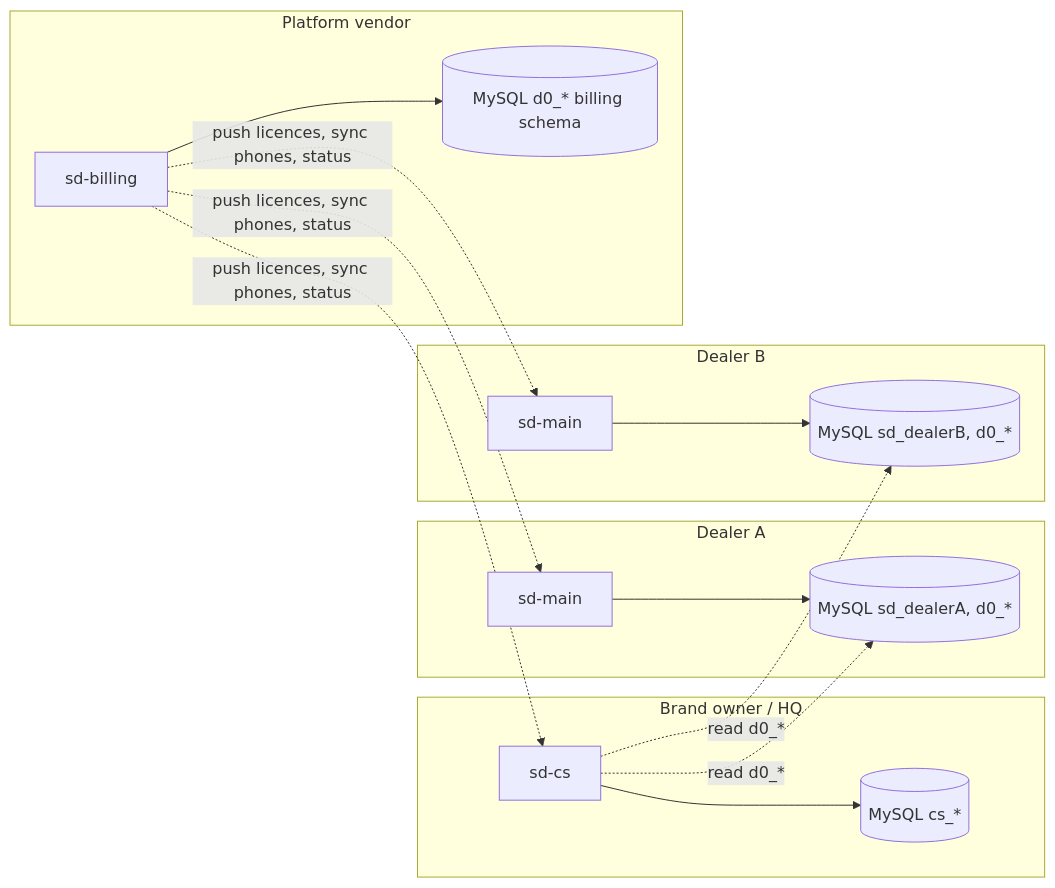
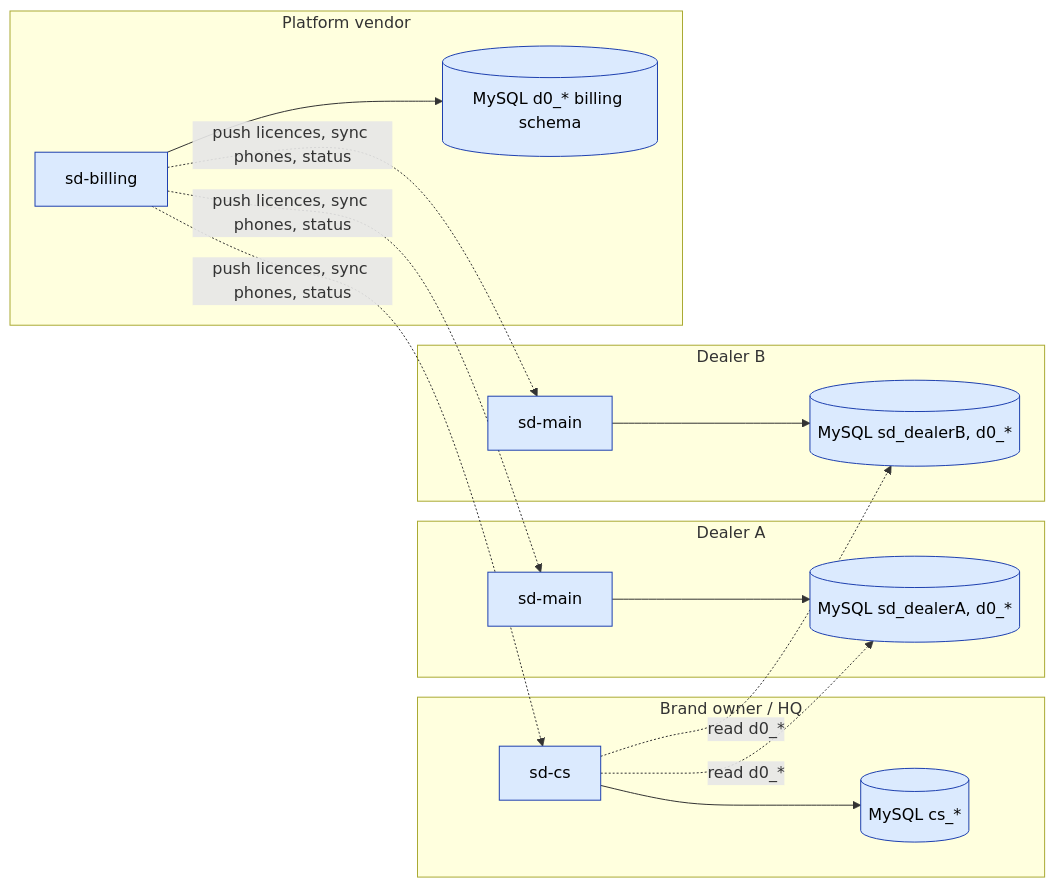
The diagram in docs/ecosystem.md (jamshidtulaganov/sd-doc), drawn with Mermaid before and after one commit. The commit also changed 21 other files, not shown here.

````diff
--- a/docs/ecosystem.md
+++ b/docs/ecosystem.md
@@ -44,28 +44,33 @@
 ```mermaid
 flowchart LR
   subgraph HQ["Brand owner / HQ"]
     CS["sd-cs"]
     CSDB[(MySQL cs_*)]
   end
   subgraph DealerA["Dealer A"]
     MA["sd-main"]
     DA[(MySQL sd_dealerA, d0_*)]
   end
   subgraph DealerB["Dealer B"]
     MB["sd-main"]
     DB2[(MySQL sd_dealerB, d0_*)]
   end
   subgraph Vendor["Platform vendor"]
     BL["sd-billing"]
     BLDB[(MySQL d0_* billing schema)]
   end
   CS --> CSDB
   CS -.->|read d0_*| DA
   CS -.->|read d0_*| DB2
   MA --> DA
   MB --> DB2
   BL --> BLDB
   BL -.->|push licences, sync phones, status| MA
   BL -.->|push licences, sync phones, status| MB
   BL -.->|push licences, sync phones, status| CS
+
+  class CS,CSDB,MA,DA,MB,DB2,BL,BLDB action
+  classDef action   fill:#dbeafe,stroke:#1e40af,color:#000
+  classDef external fill:#f3f4f6,stroke:#374151,color:#000
+  classDef cron     fill:#ede9fe,stroke:#6d28d9,color:#000
 ```
````
